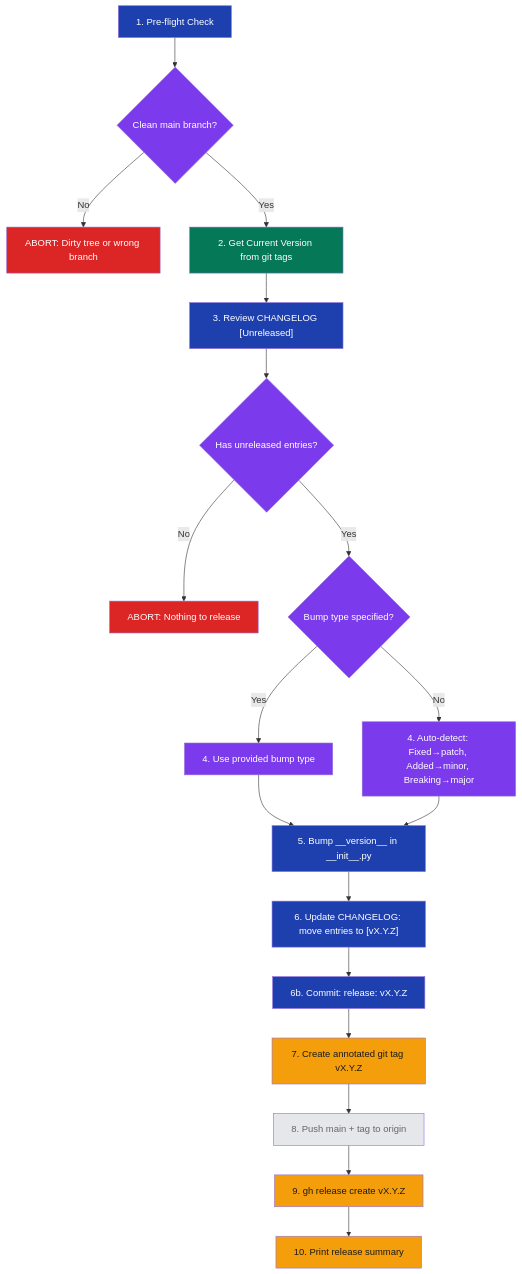
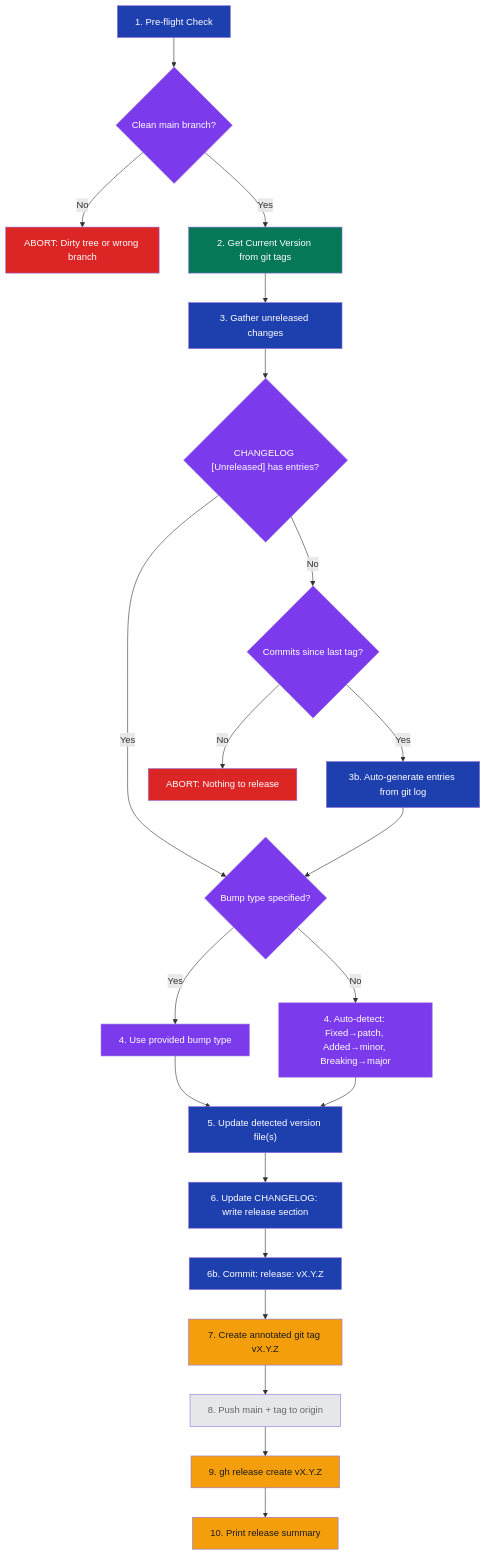
The diagram in docs/skills/stark-release/usage.md (21StarkCom/stark-skills), drawn with Mermaid before and after one commit. The commit also changed other lines of this file and 12 other files, not shown here.

````diff
--- a/docs/skills/stark-release/usage.md
+++ b/docs/skills/stark-release/usage.md
@@ -7,38 +7,43 @@
 ```mermaid
 graph TD
     A["1. Pre-flight Check"] --> B{"Clean main branch?"}
     B -->|No| ABORT1["ABORT: Dirty tree or wrong branch"]
     B -->|Yes| C["2. Get Current Version from git tags"]
-    C --> D["3. Review CHANGELOG [Unreleased]"]
-    D --> E{"Has unreleased entries?"}
-    E -->|No| ABORT2["ABORT: Nothing to release"]
+    C --> D["3. Gather unreleased changes"]
+    D --> E{"CHANGELOG [Unreleased] has entries?"}
     E -->|Yes| F{"Bump type specified?"}
-    F -->|Yes| G["4. Use provided bump type"]
-    F -->|No| H["4. Auto-detect: Fixed→patch, Added→minor, Breaking→major"]
-    G --> I["5. Bump __version__ in __init__.py"]
-    H --> I
-    I --> J["6. Update CHANGELOG: move entries to [vX.Y.Z]"]
-    J --> K["6b. Commit: release: vX.Y.Z"]
-    K --> L["7. Create annotated git tag vX.Y.Z"]
-    L --> M["8. Push main + tag to origin"]
-    M --> N["9. gh release create vX.Y.Z"]
-    N --> O["10. Print release summary"]
+    E -->|No| G{"Commits since last tag?"}
+    G -->|No| ABORT2["ABORT: Nothing to release"]
+    G -->|Yes| H["3b. Auto-generate entries from git log"]
+    H --> F
+    F -->|Yes| I["4. Use provided bump type"]
+    F -->|No| J["4. Auto-detect: Fixed→patch, Added→minor, Breaking→major"]
+    I --> K["5. Update detected version file(s)"]
+    J --> K
+    K --> L["6. Update CHANGELOG: write release section"]
+    L --> M["6b. Commit: release: vX.Y.Z"]
+    M --> N["7. Create annotated git tag vX.Y.Z"]
+    N --> O["8. Push main + tag to origin"]
+    O --> P["9. gh release create vX.Y.Z"]
+    P --> Q["10. Print release summary"]
 
     style A fill:#1e40af,color:#fff
     style C fill:#047857,color:#fff
     style D fill:#1e40af,color:#fff
     style F fill:#7c3aed,color:#fff
     style G fill:#7c3aed,color:#fff
-    style H fill:#7c3aed,color:#fff
-    style I fill:#1e40af,color:#fff
-    style J fill:#1e40af,color:#fff
+    style H fill:#1e40af,color:#fff
+    style I fill:#7c3aed,color:#fff
+    style J fill:#7c3aed,color:#fff
     style K fill:#1e40af,color:#fff
-    style L fill:#f59e0b,color:#1a1a1a
-    style M fill:#e5e7eb,color:#666
+    style L fill:#1e40af,color:#fff
+    style M fill:#1e40af,color:#fff
     style N fill:#f59e0b,color:#1a1a1a
-    style O fill:#f59e0b,color:#1a1a1a
+    style O fill:#e5e7eb,color:#666
+    style P fill:#f59e0b,color:#1a1a1a
+    style Q fill:#f59e0b,color:#1a1a1a
     style ABORT1 fill:#dc2626,color:#fff
     style ABORT2 fill:#dc2626,color:#fff
     style B fill:#7c3aed,color:#fff
     style E fill:#7c3aed,color:#fff
 ```
````
